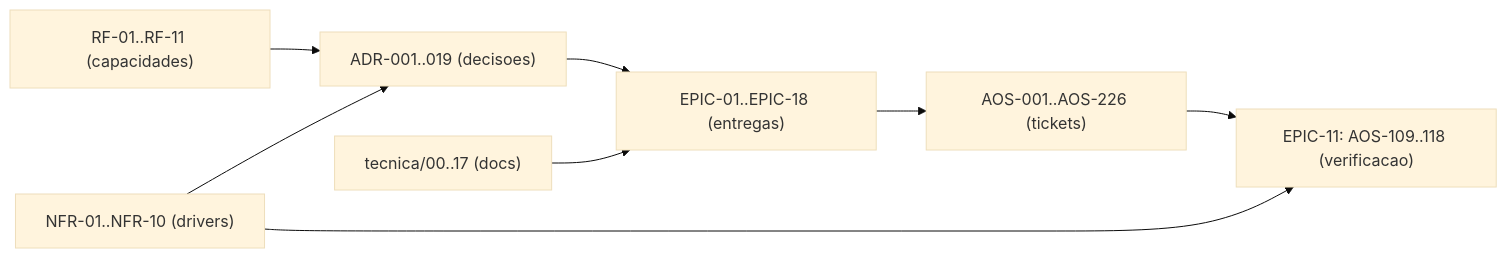
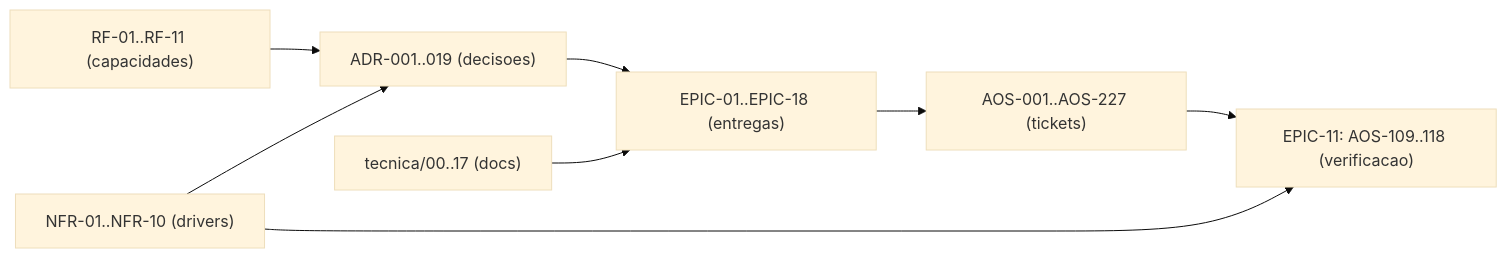
Before and after one commit to albinoJimy/aos: the diagram in tecnica/16_Rastreabilidade_RTM.md, drawn with Mermaid (base theme). The commit also changed other lines of this file and 4 other files, not shown here.

````diff
--- a/tecnica/16_Rastreabilidade_RTM.md
+++ b/tecnica/16_Rastreabilidade_RTM.md
@@ -168,10 +168,10 @@
 ```mermaid
 flowchart LR
     RF["RF-01..RF-11 (capacidades)"] --> ADR["ADR-001..019 (decisoes)"]
     NFR["NFR-01..NFR-10 (drivers)"] --> ADR
     ADR --> EPIC["EPIC-01..EPIC-18 (entregas)"]
-    EPIC --> TICK["AOS-001..AOS-226 (tickets)"]
+    EPIC --> TICK["AOS-001..AOS-227 (tickets)"]
     DOC["tecnica/00..17 (docs)"] --> EPIC
     TICK --> TEST["EPIC-11: AOS-109..118 (verificacao)"]
     NFR --> TEST
 ```
````
